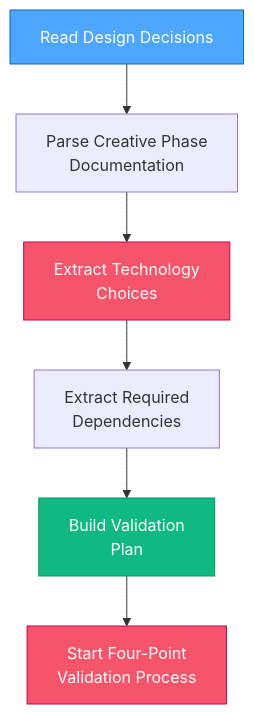
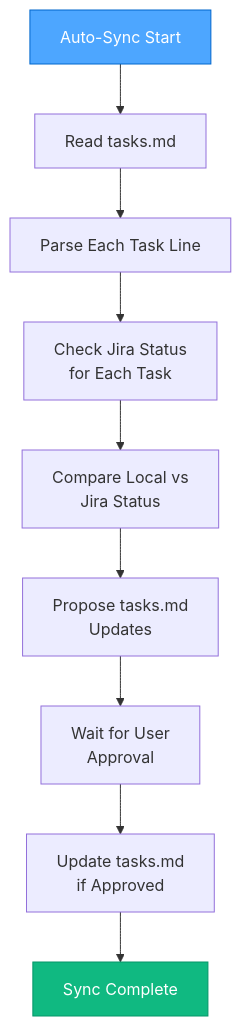
Before and after one commit to ms-moar/cursor-tools: the fifth of 5 diagrams in .cursor/rules/isolation_rules/visual-maps/van_mode_split/van-mode-map.mdc, drawn with Mermaid. The commit also changed other lines of this file and 13 other files, not shown here.

````diff
--- a/.cursor/rules/isolation_rules/visual-maps/van_mode_split/van-mode-map.mdc
+++ b/.cursor/rules/isolation_rules/visual-maps/van_mode_split/van-mode-map.mdc
@@ -822,13 +183,14 @@
 ```mermaid
 graph TD
-    Start["Read Design Decisions"] --> ReadCreative["Parse Creative Phase<br>Documentation"]
-    ReadCreative --> ExtractTech["Extract Technology<br>Choices"]
-    ExtractTech --> ExtractDeps["Extract Required<br>Dependencies"]
-    ExtractDeps --> BuildValidationPlan["Build Validation<br>Plan"]
-    BuildValidationPlan --> StartValidation["Start Four-Point<br>Validation Process"]
+    Sync["Auto-Sync Start"] --> ReadTasks["Read tasks.md"]
+    ReadTasks --> ParseTasks["Parse Each Task Line"]
+    ParseTasks --> CheckJira["Check Jira Status<br>for Each Task"]
+    CheckJira --> CompareStatus["Compare Local vs<br>Jira Status"]
+    CompareStatus --> ProposeUpdates["Propose tasks.md<br>Updates"]
+    ProposeUpdates --> UserApproval["Wait for User<br>Approval"]
+    UserApproval --> UpdateFiles["Update tasks.md<br>if Approved"]
+    UpdateFiles --> SyncComplete["Sync Complete"]
     
-    style Start fill:#4da6ff,stroke:#0066cc,color:white
-    style ExtractTech fill:#f6546a,stroke:#c30052,color:white
-    style BuildValidationPlan fill:#10b981,stroke:#059669,color:white
-    style StartValidation fill:#f6546a,stroke:#c30052,color:white
+    style Sync fill:#4da6ff,stroke:#0066cc,color:white
+    style SyncComplete fill:#10b981,stroke:#059669,color:white
 ```
````
